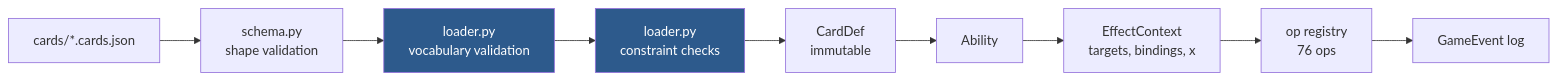
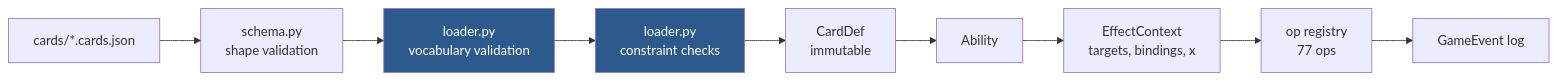
One commit to TylerGauntlett/commander-blitz changed the diagram in docs/card-dsl.md. Above: the diagram before and after it, drawn with Mermaid. The commit also changed other lines of this file and 16 other files, not shown here.

````diff
--- a/docs/card-dsl.md
+++ b/docs/card-dsl.md
@@ -6,14 +6,14 @@
 ```mermaid
 flowchart LR
     json["cards/*.cards.json"] --> pydantic["schema.py<br/>shape validation"]
     pydantic --> vocab["loader.py<br/>vocabulary validation"]
     vocab --> constraints["loader.py<br/>constraint checks"]
     constraints --> carddef["CardDef<br/>immutable"]
     carddef --> ability["Ability"]
     ability --> ctx["EffectContext<br/>targets, bindings, x"]
-    ctx --> ops["op registry<br/>76 ops"]
+    ctx --> ops["op registry<br/>77 ops"]
     ops --> events["GameEvent log"]
 
     style vocab fill:#2d5a8c,color:#fff
     style constraints fill:#2d5a8c,color:#fff
 ```
````
